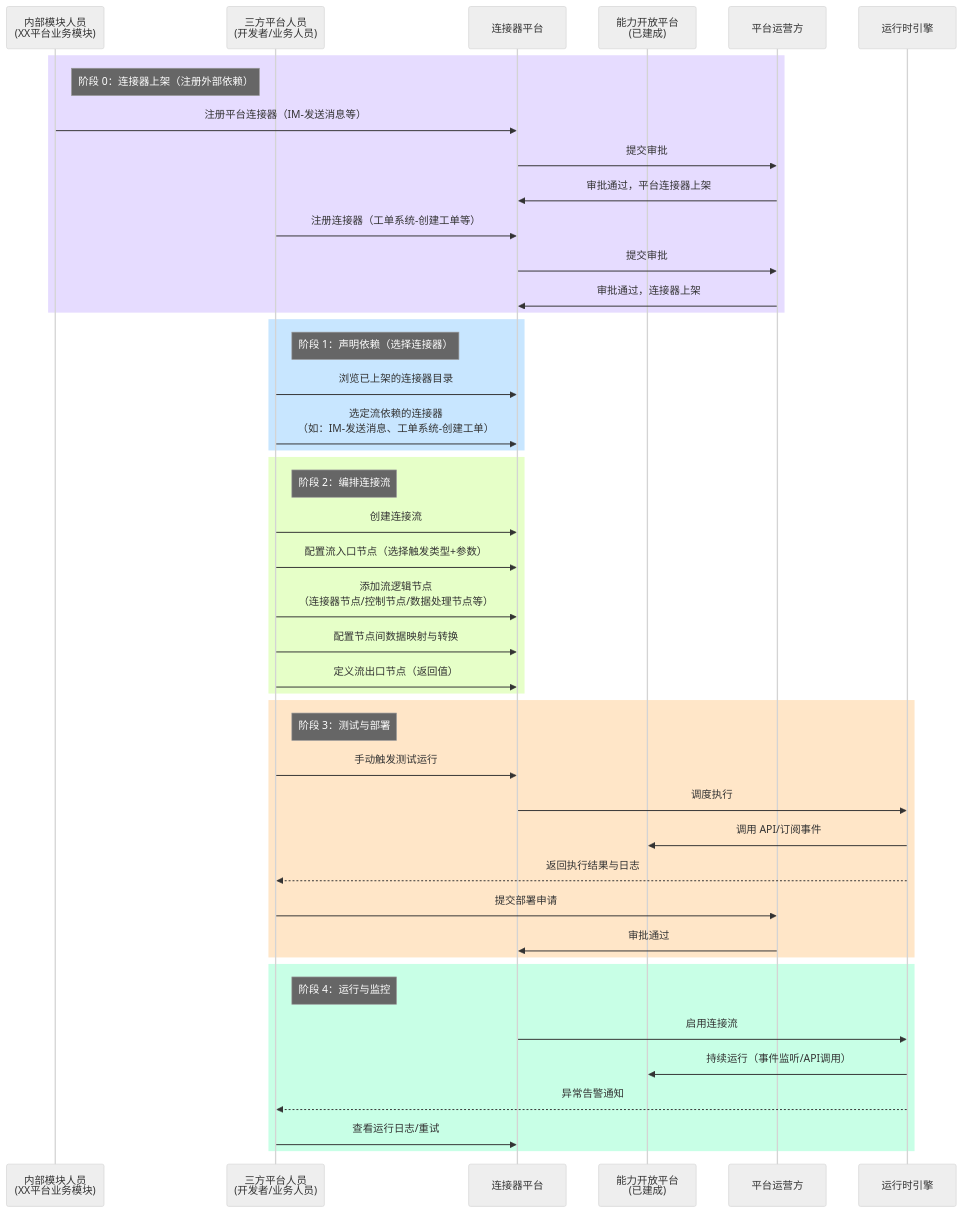
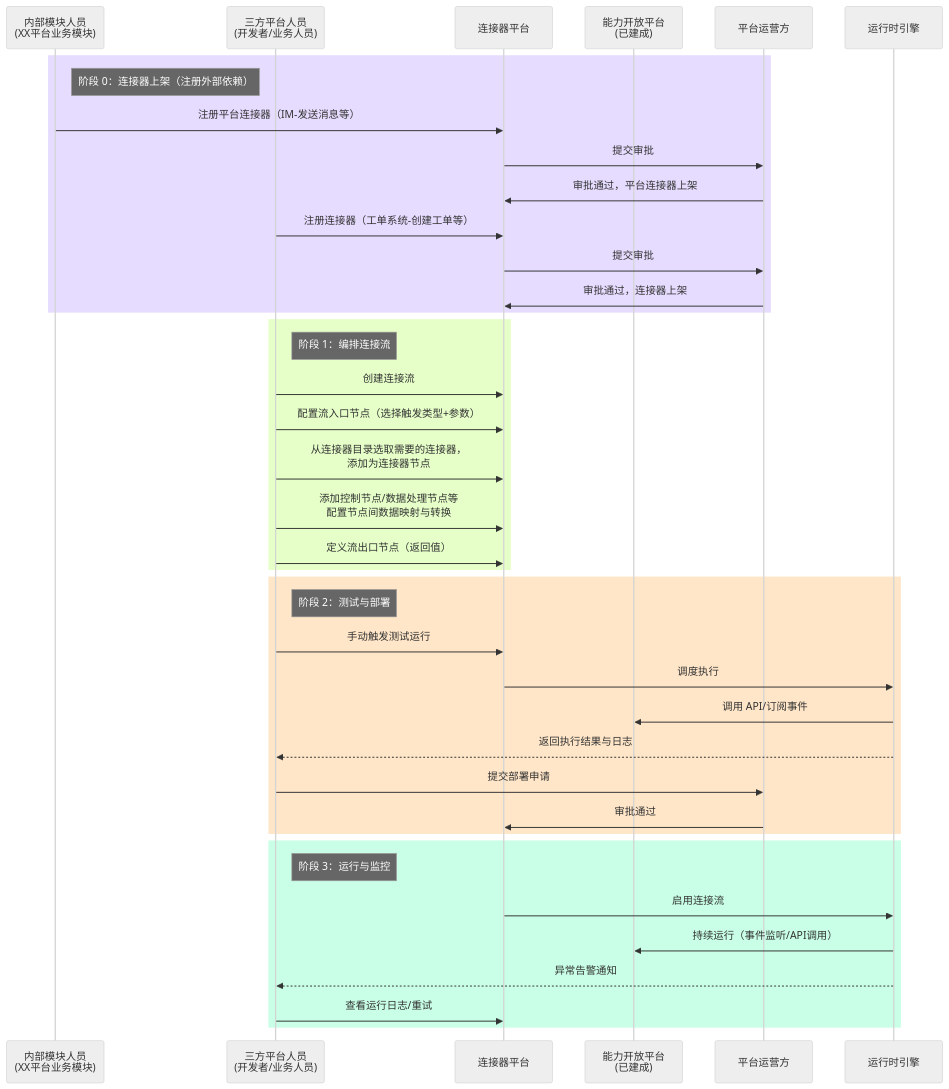
The tenth of 12 diagrams in .sddu/specs-tree-root/specs-tree-connector-platform/discovery-report.md (THZSummer/open-app), drawn with Mermaid (neutral theme) before and after one commit.

Commit message:
fix: 合并阶段1（声明依赖）到阶段1（编排连接流），选连接器作为编排中一步

````diff
--- a/.sddu/specs-tree-root/specs-tree-connector-platform/discovery-report.md
+++ b/.sddu/specs-tree-root/specs-tree-connector-platform/discovery-report.md
@@ -506,52 +506,46 @@
 ```mermaid
 sequenceDiagram
     participant Inner as 内部模块人员<br/>(XX平台业务模块)
     participant Third as 三方平台人员<br/>(开发者/业务人员)
     participant ConnPlat as 连接器平台
     participant CapPlat as 能力开放平台<br/>(已建成)
     participant Operator as 平台运营方
     participant Runtime as 运行时引擎
     
     rect rgb(230, 220, 255)
         note right of Inner: 阶段 0：连接器上架（注册外部依赖）
         Inner->>ConnPlat: 注册平台连接器（IM-发送消息等）
         ConnPlat->>Operator: 提交审批
         Operator->>ConnPlat: 审批通过，平台连接器上架
         Third->>ConnPlat: 注册连接器（工单系统-创建工单等）
         ConnPlat->>Operator: 提交审批
         Operator->>ConnPlat: 审批通过，连接器上架
     end
     
-    rect rgb(200, 230, 255)
-        note right of Third: 阶段 1：声明依赖（选择连接器）
-        Third->>ConnPlat: 浏览已上架的连接器目录
-        Third->>ConnPlat: 选定流依赖的连接器<br/>（如：IM-发送消息、工单系统-创建工单）
-    end
-    
     rect rgb(230, 255, 200)
-        note right of Third: 阶段 2：编排连接流
+        note right of Third: 阶段 1：编排连接流
         Third->>ConnPlat: 创建连接流
         Third->>ConnPlat: 配置流入口节点（选择触发类型+参数）
-        Third->>ConnPlat: 添加流逻辑节点<br/>（连接器节点/控制节点/数据处理节点等）
-        Third->>ConnPlat: 配置节点间数据映射与转换
+        Third->>ConnPlat: 从连接器目录选取需要的连接器，<br/>添加为连接器节点
+        Third->>ConnPlat: 添加控制节点/数据处理节点等<br/>配置节点间数据映射与转换
         Third->>ConnPlat: 定义流出口节点（返回值）
     end
     
     rect rgb(255, 230, 200)
-        note right of Third: 阶段 3：测试与部署
+        note right of Third: 阶段 2：测试与部署
         Third->>ConnPlat: 手动触发测试运行
         ConnPlat->>Runtime: 调度执行
         Runtime->>CapPlat: 调用 API/订阅事件
         Runtime-->>Third: 返回执行结果与日志
         Third->>Operator: 提交部署申请
         Operator->>ConnPlat: 审批通过
     end
     
     rect rgb(200, 255, 230)
-        note right of Third: 阶段 4：运行与监控
+        note right of Third: 阶段 3：运行与监控
         ConnPlat->>Runtime: 启用连接流
         Runtime->>CapPlat: 持续运行（事件监听/API调用）
         Runtime-->>Third: 异常告警通知
         Third->>ConnPlat: 查看运行日志/重试
     end
 ```
````
